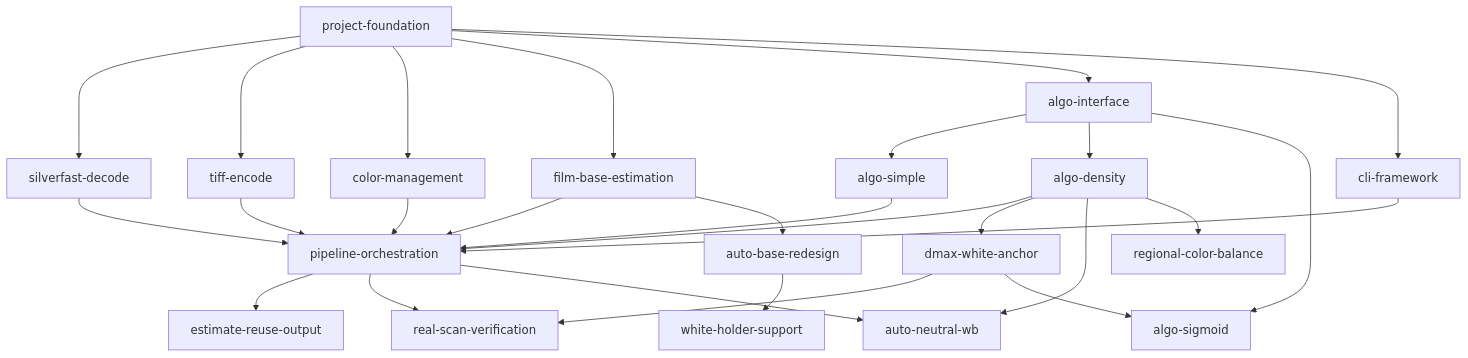
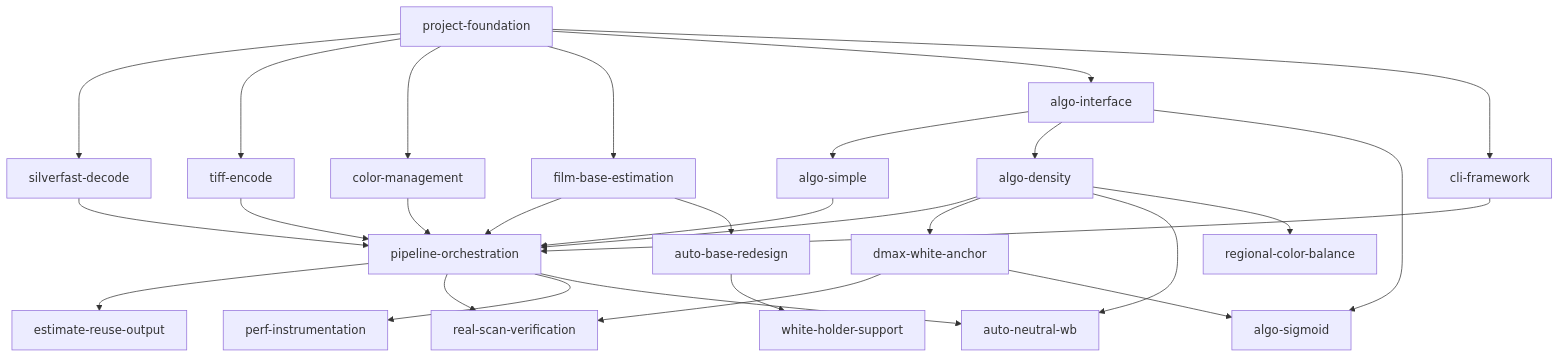
One commit to lix42/negative-converter changed the diagram in docs/TASKS.md. Above: the diagram before and after it, drawn with Mermaid. The commit also changed other lines of this file and 4 other files, not shown here.

First line of the commit message:
Add perf-instrumentation task and telemetry roadmap item (#18)

````diff
--- a/docs/TASKS.md
+++ b/docs/TASKS.md
@@ -43,29 +43,30 @@
 ```mermaid
 graph TD
   project-foundation --> silverfast-decode
   project-foundation --> tiff-encode
   project-foundation --> color-management
   project-foundation --> film-base-estimation
   project-foundation --> algo-interface
   project-foundation --> cli-framework
   algo-interface --> algo-simple
   algo-interface --> algo-density
   silverfast-decode --> pipeline-orchestration
   tiff-encode --> pipeline-orchestration
   color-management --> pipeline-orchestration
   film-base-estimation --> pipeline-orchestration
   algo-simple --> pipeline-orchestration
   algo-density --> pipeline-orchestration
   cli-framework --> pipeline-orchestration
   film-base-estimation --> auto-base-redesign
   auto-base-redesign --> white-holder-support
   pipeline-orchestration --> estimate-reuse-output
   pipeline-orchestration --> real-scan-verification
+  pipeline-orchestration --> perf-instrumentation
   dmax-white-anchor --> real-scan-verification
   algo-density --> dmax-white-anchor
   algo-interface --> algo-sigmoid
   dmax-white-anchor --> algo-sigmoid
   algo-density --> auto-neutral-wb
   pipeline-orchestration --> auto-neutral-wb
   algo-density --> regional-color-balance
 ```
````
